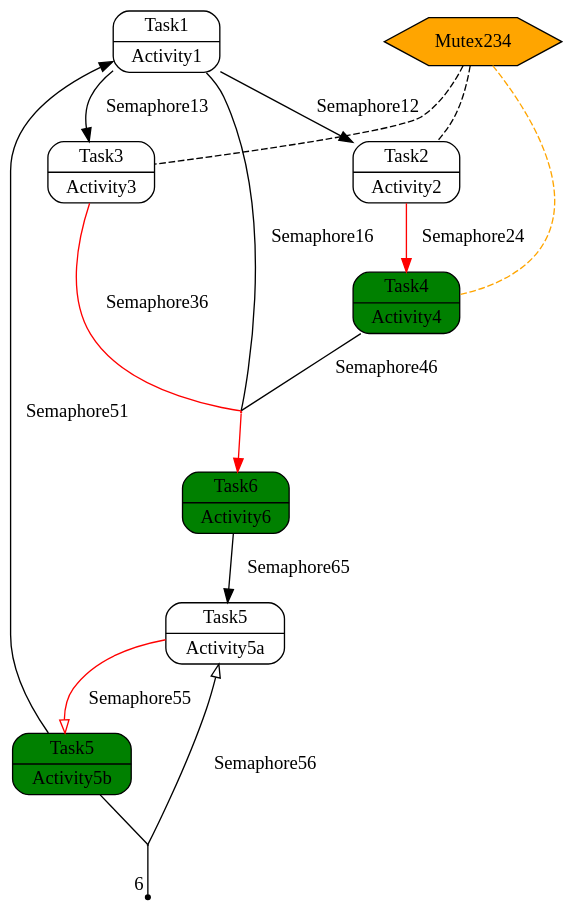
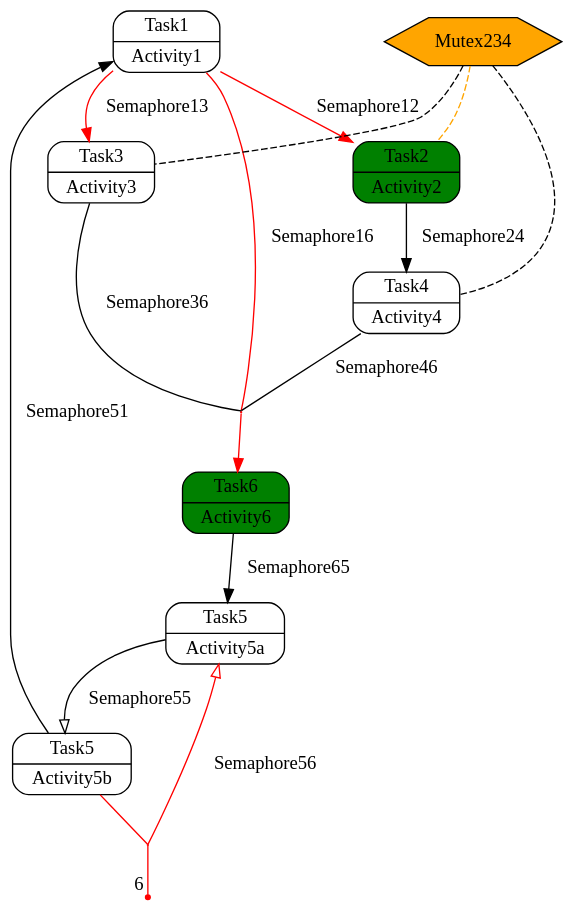
Before and after one commit to AdrianW424/Echtzeitsysteme_Projekt: the diagram in src/Digraph.gv, drawn with Graphviz. The commit also changed 3 other files, not shown here.

```diff
--- a/src/Digraph.gv
+++ b/src/Digraph.gv
@@ -1,33 +1,33 @@
 // Flowchart
 digraph {
 	graph [bgcolor=transparent]
 	size="10,10"
-	Activitya1 [label="{Task1|Activity1}" color=black fillcolor=transparent fontcolor=black shape=record style="rounded,filled"]
-	Activitya2 [label="{Task2|Activity2}" color=black fillcolor=transparent fontcolor=black shape=record style="rounded,filled"]
-	Activitya3 [label="{Task3|Activity3}" color=black fillcolor=transparent fontcolor=black shape=record style="rounded,filled"]
-	Activitya4 [label="{Task4|Activity4}" color=black fillcolor=green fontcolor=black shape=record style="rounded,filled"]
-	Activitya5 [label="{Task5|Activity5a}" color=black fillcolor=transparent fontcolor=black shape=record style="rounded,filled"]
-	Activitya7 [label="{Task5|Activity5b}" color=black fillcolor=green fontcolor=black shape=record style="rounded,filled"]
-	Activitya6 [label="{Task6|Activity6}" color=black fillcolor=green fontcolor=black shape=record style="rounded,filled"]
+	Activity1 [label="{Task1|Activity1}" color=black fillcolor=transparent fontcolor=black shape=record style="rounded,filled"]
+	Activity2 [label="{Task2|Activity2}" color=black fillcolor=green fontcolor=black shape=record style="rounded,filled"]
+	Activity3 [label="{Task3|Activity3}" color=black fillcolor=transparent fontcolor=black shape=record style="rounded,filled"]
+	Activity4 [label="{Task4|Activity4}" color=black fillcolor=transparent fontcolor=black shape=record style="rounded,filled"]
+	Activity5 [label="{Task5|Activity5a}" color=black fillcolor=transparent fontcolor=black shape=record style="rounded,filled"]
+	Activity7 [label="{Task5|Activity5b}" color=black fillcolor=transparent fontcolor=black shape=record style="rounded,filled"]
+	Activity6 [label="{Task6|Activity6}" color=black fillcolor=green fontcolor=black shape=record style="rounded,filled"]
 	Mutex234 [label=Mutex234 color=black fillcolor=orange fontcolor=black shape=polygon sides=6 style=filled]
-	Mutex234 -> Activitya2 [arrowhead=none color=black splines=polyline style=dashed]
-	Mutex234 -> Activitya3 [arrowhead=none color=black splines=polyline style=dashed]
-	Mutex234 -> Activitya4 [arrowhead=none color=orange splines=polyline style=dashed]
-	Activitya1 -> Activitya2 [label=Semaphore12 color=black fontcolor=black splines=polyline]
-	Activitya1 -> Activitya3 [label=Semaphore13 color=black fontcolor=black splines=polyline]
-	Dummy0 [color=black height=0.01 shape=point width=0.01]
-	Activitya1 -> Dummy0 [label=Semaphore16 arrowhead=none color=black fontcolor=black splines=polyline]
-	Activitya3 -> Dummy0 [label=Semaphore36 arrowhead=none color=red fontcolor=black splines=polyline]
-	Activitya4 -> Dummy0 [label=Semaphore46 arrowhead=none color=black fontcolor=black splines=polyline]
+	Mutex234 -> Activity2 [arrowhead=none color=orange splines=polyline style=dashed]
+	Mutex234 -> Activity3 [arrowhead=none color=black splines=polyline style=dashed]
+	Mutex234 -> Activity4 [arrowhead=none color=black splines=polyline style=dashed]
+	Activity1 -> Activity2 [label=Semaphore12 color=red fontcolor=black splines=polyline]
+	Activity1 -> Activity3 [label=Semaphore13 color=red fontcolor=black splines=polyline]
 	Dummy0 [color=red height=0.01 shape=point width=0.01]
-	Dummy0 -> Activitya6 [arrowhead=normal color=red splines=polyline]
-	Activitya2 -> Activitya4 [label=Semaphore24 color=red fontcolor=black splines=polyline]
-	Activitya5 -> Activitya7 [label=Semaphore55 arrowhead=onormal color=red fontcolor=black splines=polyline]
-	Activitya7 -> Activitya1 [label=Semaphore51 color=black fontcolor=black splines=polyline]
-	Dummy1 [color=black height=0.01 shape=point width=0.01]
-	Activitya7 -> Dummy1 [arrowhead=none color=black splines=polyline]
-	Dummy1 -> Activitya5 [label=Semaphore56 arrowhead=onormal color=black fontcolor=black splines=polyline]
-	Dummy2 [color=black fontcolor=black shape=point xlabel=6]
-	Dummy1 -> Dummy2 [arrowhead=none color=black splines=polyline]
-	Activitya6 -> Activitya5 [label=Semaphore65 color=black fontcolor=black splines=polyline]
+	Activity1 -> Dummy0 [label=Semaphore16 arrowhead=none color=red fontcolor=black splines=polyline]
+	Activity3 -> Dummy0 [label=Semaphore36 arrowhead=none color=black fontcolor=black splines=polyline]
+	Activity4 -> Dummy0 [label=Semaphore46 arrowhead=none color=black fontcolor=black splines=polyline]
+	Dummy0 [color=red height=0.01 shape=point width=0.01]
+	Dummy0 -> Activity6 [arrowhead=normal color=red splines=polyline]
+	Activity2 -> Activity4 [label=Semaphore24 color=black fontcolor=black splines=polyline]
+	Activity5 -> Activity7 [label=Semaphore55 arrowhead=onormal color=black fontcolor=black splines=polyline]
+	Activity7 -> Activity1 [label=Semaphore51 color=black fontcolor=black splines=polyline]
+	Dummy1 [color=red height=0.01 shape=point width=0.01]
+	Activity7 -> Dummy1 [arrowhead=none color=red splines=polyline]
+	Dummy1 -> Activity5 [label=Semaphore56 arrowhead=onormal color=red fontcolor=black splines=polyline]
+	Dummy2 [color=red fontcolor=black shape=point xlabel=6]
+	Dummy1 -> Dummy2 [arrowhead=none color=red splines=polyline]
+	Activity6 -> Activity5 [label=Semaphore65 color=black fontcolor=black splines=polyline]
 }
```
